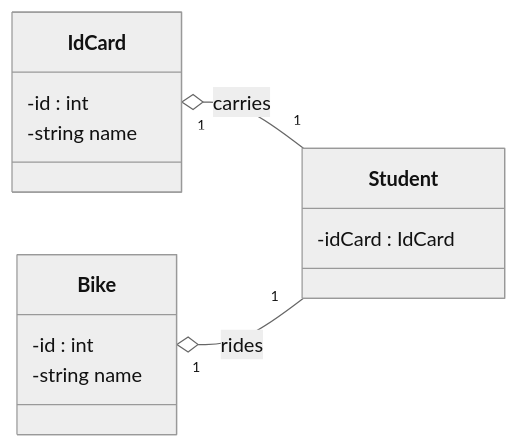
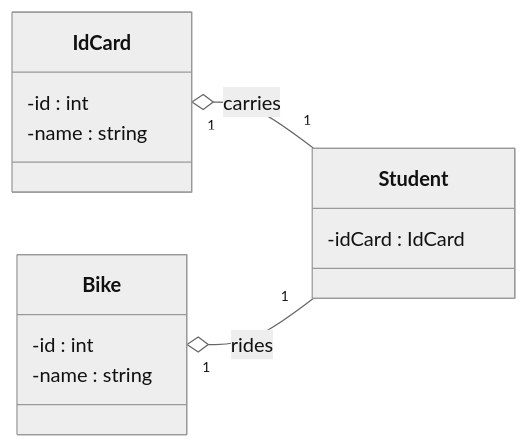
One commit to mermaid-js/mermaid changed diagram 19 of 25 in docs/syntax/classDiagram.md. Above: the diagram before and after it, drawn with Mermaid (neutral theme). The commit also changed other lines of this file, not shown here.

````diff
--- a/docs/syntax/classDiagram.md
+++ b/docs/syntax/classDiagram.md
@@ -601,17 +599,17 @@
 ```mermaid
 classDiagram
   direction RL
   class Student {
     -idCard : IdCard
   }
   class IdCard{
     -id : int
-    -string name
+    -name : string
   }
   class Bike{
     -id : int
-    -string name
+    -name : string
   }
   Student "1" --o "1" IdCard : carries
   Student "1" --o "1" Bike : rides
 ```
````
